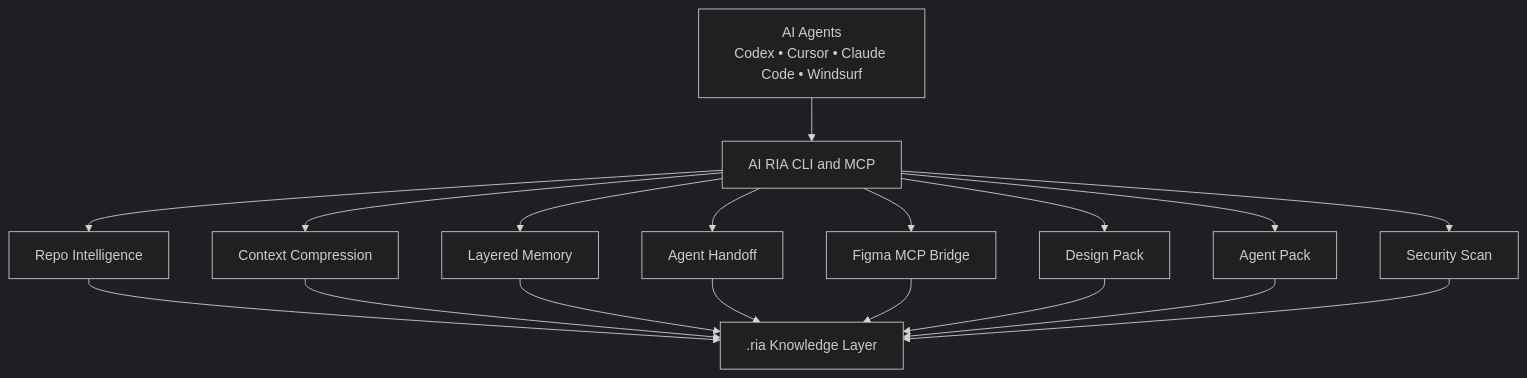
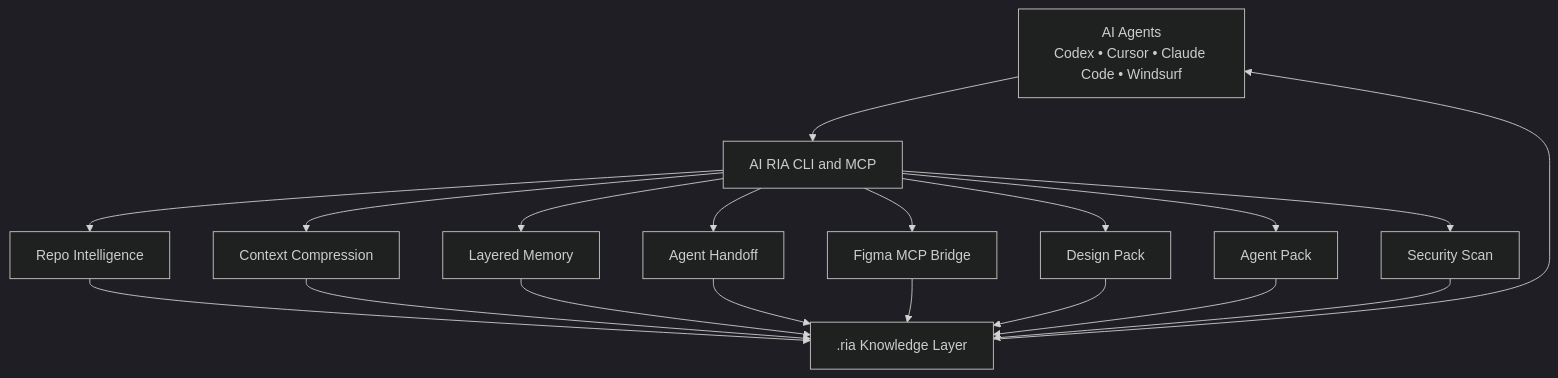
One commit to maribostashvili-93/AI-ria- changed the diagram in README.md. Above: the diagram before and after it, drawn with Mermaid (dark theme). The commit also changed other lines of this file and 28 other files, not shown here.

````diff
--- a/README.md
+++ b/README.md
@@ -71,32 +136,33 @@
 ```mermaid
 flowchart TD
     A[AI Agents<br/>Codex • Cursor • Claude Code • Windsurf]
     B[AI RIA CLI and MCP]
     C[Repo Intelligence]
     D[Context Compression]
     E[Layered Memory]
     F[Agent Handoff]
     G[Figma MCP Bridge]
     H[Design Pack]
     I[Agent Pack]
     J[Security Scan]
     K[.ria Knowledge Layer]
 
     A --> B
     B --> C
     B --> D
     B --> E
     B --> F
     B --> G
     B --> H
     B --> I
     B --> J
     C --> K
     D --> K
     E --> K
     F --> K
     G --> K
     H --> K
     I --> K
     J --> K
+    K --> A
 ```
````
